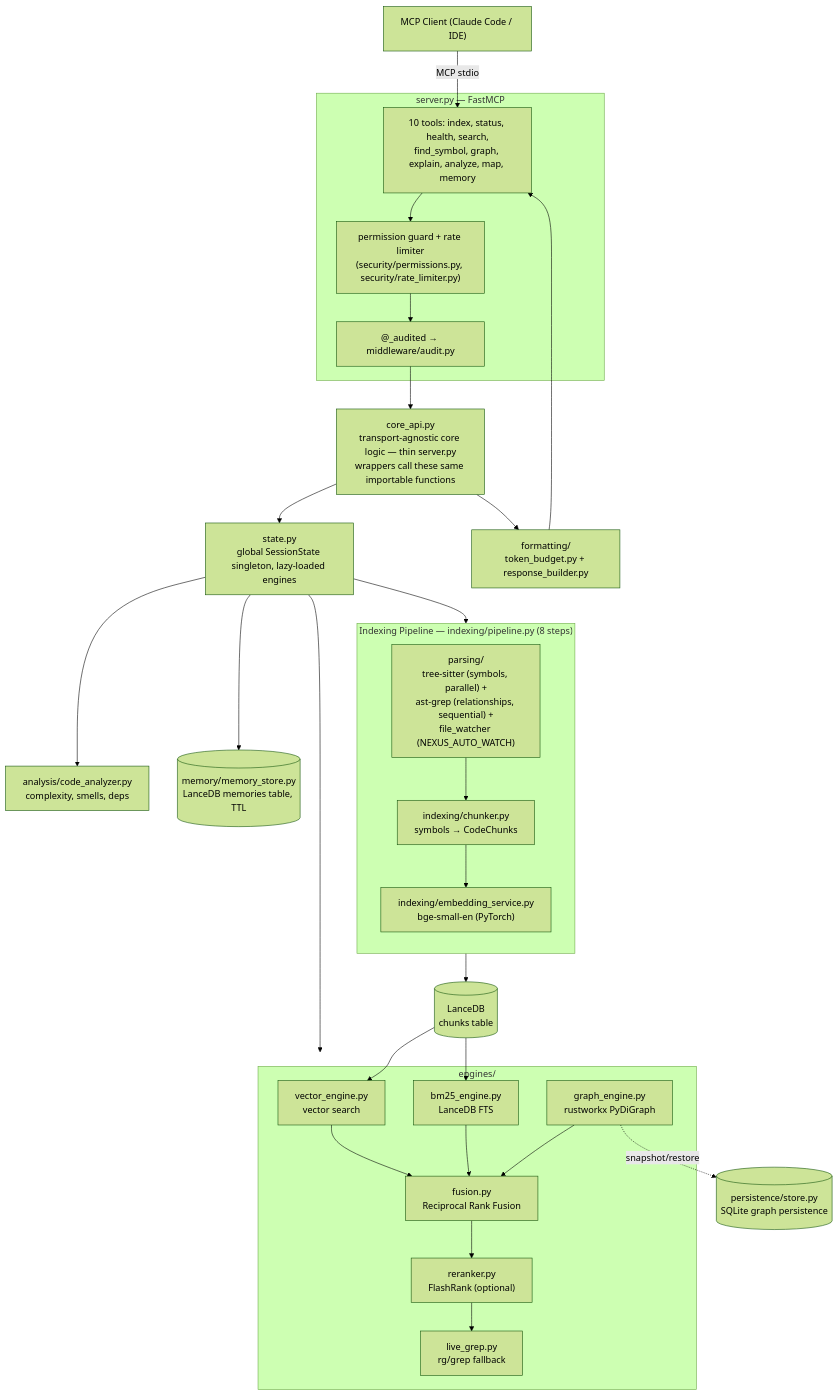
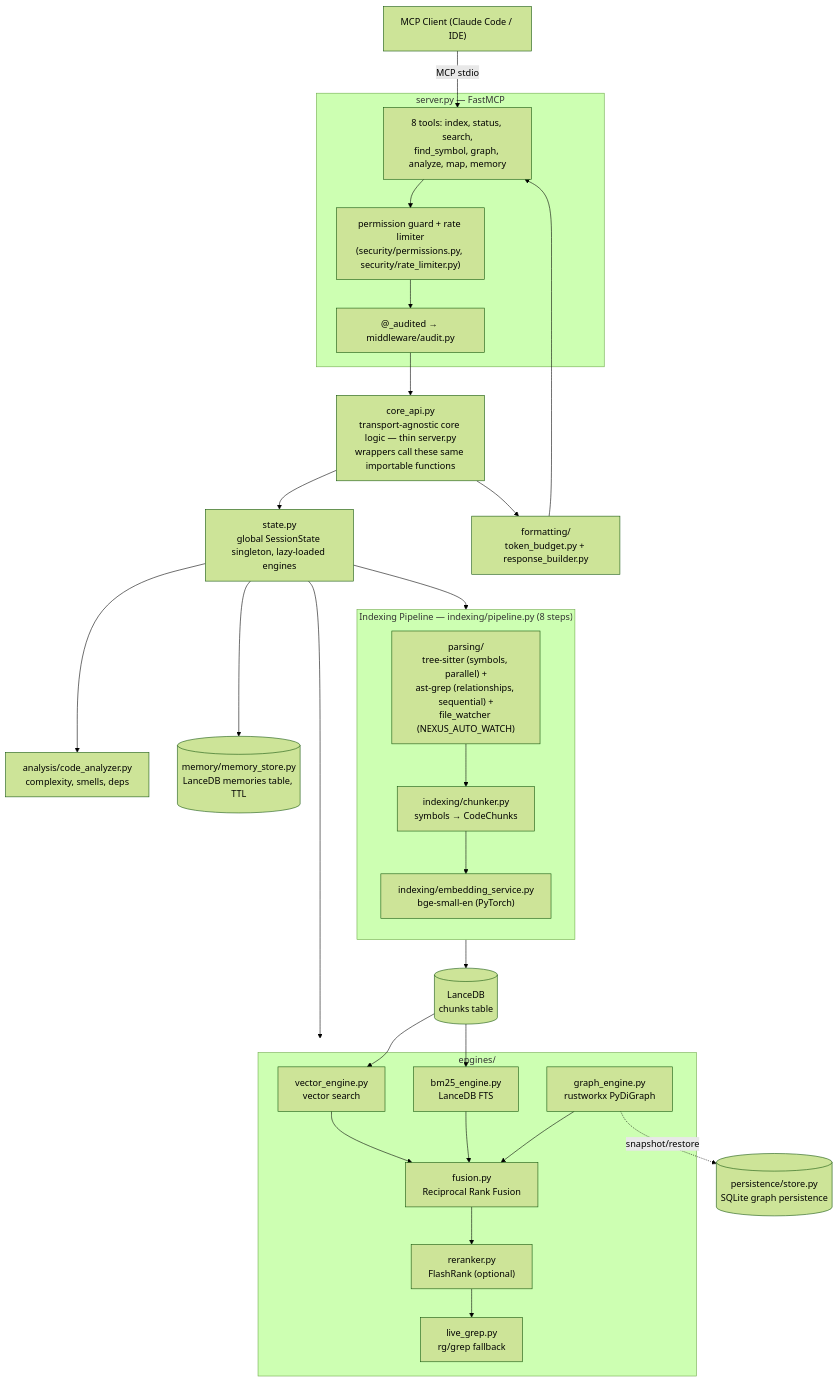
Before and after one commit to jaggernaut007/nexus-mcp: the diagram in docs/ARCHITECTURE.md, drawn with Mermaid (forest theme). The commit also changed 30 other files, not shown here.

````diff
--- a/docs/ARCHITECTURE.md
+++ b/docs/ARCHITECTURE.md
@@ -13,57 +13,57 @@
 ```mermaid
 flowchart TB
     Client["MCP Client (Claude Code / IDE)"]
 
     subgraph Server["server.py — FastMCP"]
-        Tools["10 tools: index, status, health, search,\nfind_symbol, graph, explain, analyze, map, memory"]
+        Tools["8 tools: index, status, search,\nfind_symbol, graph, analyze, map, memory"]
         Guard["permission guard + rate limiter\n(security/permissions.py, security/rate_limiter.py)"]
         Audit["@_audited → middleware/audit.py"]
     end
 
     Core["core_api.py\ntransport-agnostic core logic — thin server.py\nwrappers call these same importable functions"]
 
     State["state.py\nglobal SessionState singleton, lazy-loaded engines"]
 
     subgraph Indexing["Indexing Pipeline — indexing/pipeline.py (8 steps)"]
         direction TB
         Parse["parsing/\ntree-sitter (symbols, parallel) +\nast-grep (relationships, sequential) +\nfile_watcher (NEXUS_AUTO_WATCH)"]
         Chunk["indexing/chunker.py\nsymbols → CodeChunks"]
         Embed["indexing/embedding_service.py\nbge-small-en (PyTorch)"]
         Parse --> Chunk --> Embed
     end
 
     LanceDB[("LanceDB\nchunks table")]
 
     subgraph Engines["engines/"]
         Vector["vector_engine.py\nvector search"]
         BM25["bm25_engine.py\nLanceDB FTS"]
         Graph["graph_engine.py\nrustworkx PyDiGraph"]
         LiveGrep["live_grep.py\nrg/grep fallback"]
         Fusion["fusion.py\nReciprocal Rank Fusion"]
         Rerank["reranker.py\nFlashRank (optional)"]
     end
 
     Analysis["analysis/code_analyzer.py\ncomplexity, smells, deps"]
     Memory[("memory/memory_store.py\nLanceDB memories table, TTL")]
     Persistence[("persistence/store.py\nSQLite graph persistence")]
     Formatting["formatting/\ntoken_budget.py + response_builder.py"]
 
     Client -->|MCP stdio| Tools
     Tools --> Guard --> Audit --> Core
     Core --> State
     State --> Indexing
     State --> Engines
     State --> Analysis
     State --> Memory
     Embed --> LanceDB
     LanceDB --> Vector
     LanceDB --> BM25
     Vector --> Fusion
     BM25 --> Fusion
     Graph --> Fusion
     Fusion --> Rerank
     Rerank --> LiveGrep
     Graph -.snapshot/restore.-> Persistence
     Core --> Formatting
     Formatting --> Tools
 ```
````
